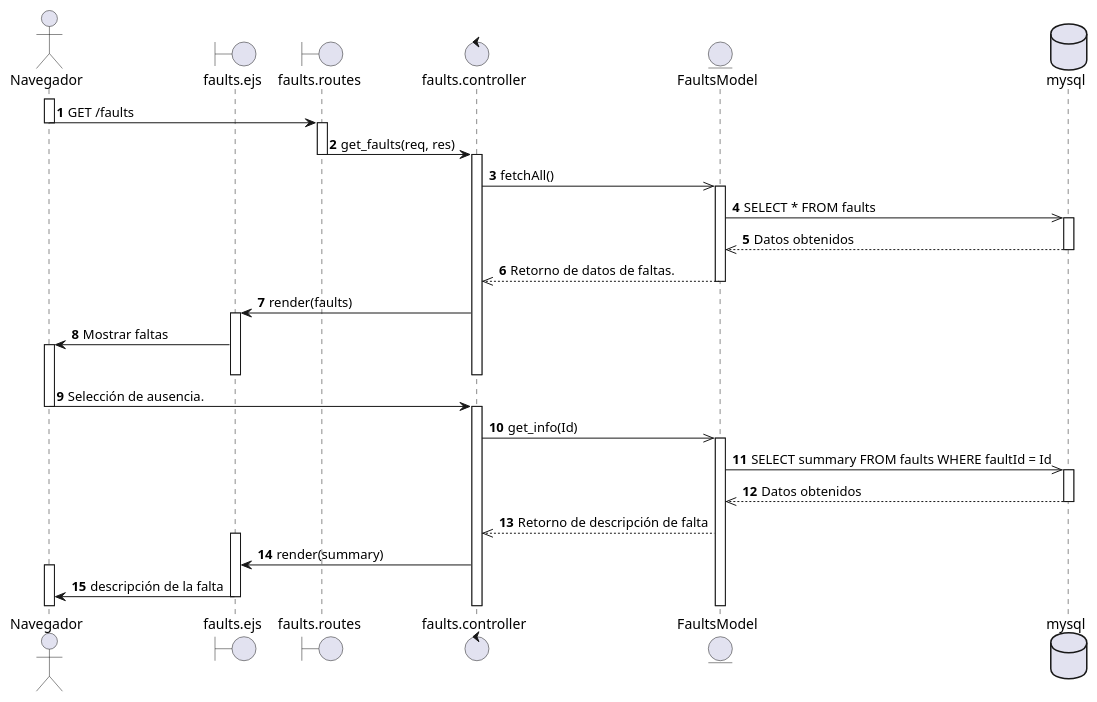
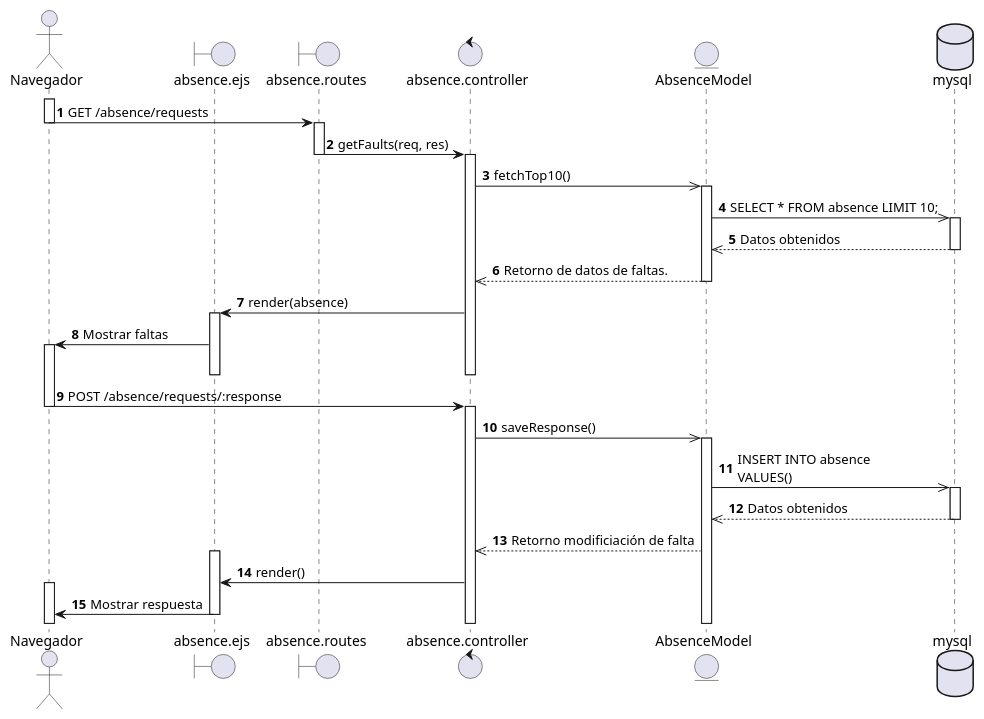
One commit to EdCanCe/WorkCells changed the diagram in diagrams/Casos de Uso/Mauricio/diagrama de secuencia/CU01.puml. Above: the diagram before and after it, drawn with PlantUML. The commit also changed 5 other files, not shown here.

```diff
--- a/diagrams/Casos de Uso/Mauricio/diagrama de secuencia/CU01.puml
+++ b/diagrams/Casos de Uso/Mauricio/diagrama de secuencia/CU01.puml
@@ -1,60 +1,59 @@
-@startuml
+@startuml CU01 - Líder registra respuesta hacia ausencia de colaborador - Diagrama de secuencia
 actor Navegador
-boundary faults.ejs
-boundary faults.routes
-control faults.controller
-entity FaultsModel
+boundary absence.ejs
+boundary absence.routes
+control absence.controller
+entity AbsenceModel
 database mysql
 
 
 autonumber
 ' Inicio del flujo
 activate Navegador
-Navegador -> faults.routes : GET /faults
+Navegador -> absence.routes : GET /absence/requests
 deactivate Navegador
-activate faults.routes
-faults.routes -> faults.controller : get_faults(req, res)
-deactivate faults.routes
-activate faults.controller
+activate absence.routes
+absence.routes -> absence.controller : getFaults(req, res)
+deactivate absence.routes
+activate absence.controller
 
 
 ' Se utiliza la instancia para obtener los datos
-faults.controller ->> FaultsModel : fetchAll()
-activate FaultsModel
+absence.controller ->> AbsenceModel : fetchTop10()
+activate AbsenceModel
 
-FaultsModel ->> mysql : SELECT * FROM faults
+AbsenceModel ->> mysql : SELECT * FROM absence LIMIT 10;
 activate mysql
-mysql -->> FaultsModel : Datos obtenidos
+mysql -->> AbsenceModel : Datos obtenidos
 deactivate mysql
 
-FaultsModel -->> faults.controller : Retorno de datos de faltas.
-deactivate FaultsModel
+AbsenceModel -->> absence.controller : Retorno de datos de faltas.
+deactivate AbsenceModel
 
-faults.controller -> faults.ejs : render(faults)
-activate faults.ejs
-faults.ejs -> Navegador : Mostrar faltas
+absence.controller -> absence.ejs : render(absence)
+activate absence.ejs
+absence.ejs -> Navegador : Mostrar faltas
 activate Navegador
-deactivate faults.ejs
-deactivate faults.controller
-deactivate faults.routes
+deactivate absence.ejs
+deactivate absence.controller
+deactivate absence.routes
 
-Navegador -> faults.controller : Selección de ausencia.
+Navegador -> absence.controller : POST /absence/requests/:response
 deactivate Navegador
-activate faults.controller
-faults.controller ->> FaultsModel : get_info(Id)
-activate FaultsModel
-FaultsModel ->> mysql : SELECT summary FROM faults WHERE faultId = Id
+activate absence.controller
+absence.controller ->> AbsenceModel : saveResponse()
+activate AbsenceModel
+' absenceID, startDate, endDate, reason, justified, absenceUserIDFK
+AbsenceModel ->> mysql : INSERT INTO absence \nVALUES()
 activate mysql
-mysql -->> FaultsModel : Datos obtenidos
+mysql -->> AbsenceModel : Datos obtenidos
 deactivate mysql
-FaultsModel -->> faults.controller : Retorno de descripción de falta
-activate faults.ejs
-faults.controller -> faults.ejs : render(summary)
+AbsenceModel -->> absence.controller : Retorno modificiación de falta
+activate absence.ejs
+absence.controller -> absence.ejs : render()
 activate Navegador
-faults.ejs -> Navegador : descripción de la falta
-deactivate faults.ejs
-
-
+absence.ejs -> Navegador : Mostrar respuesta
+deactivate absence.ejs
 
 
 @enduml
```
